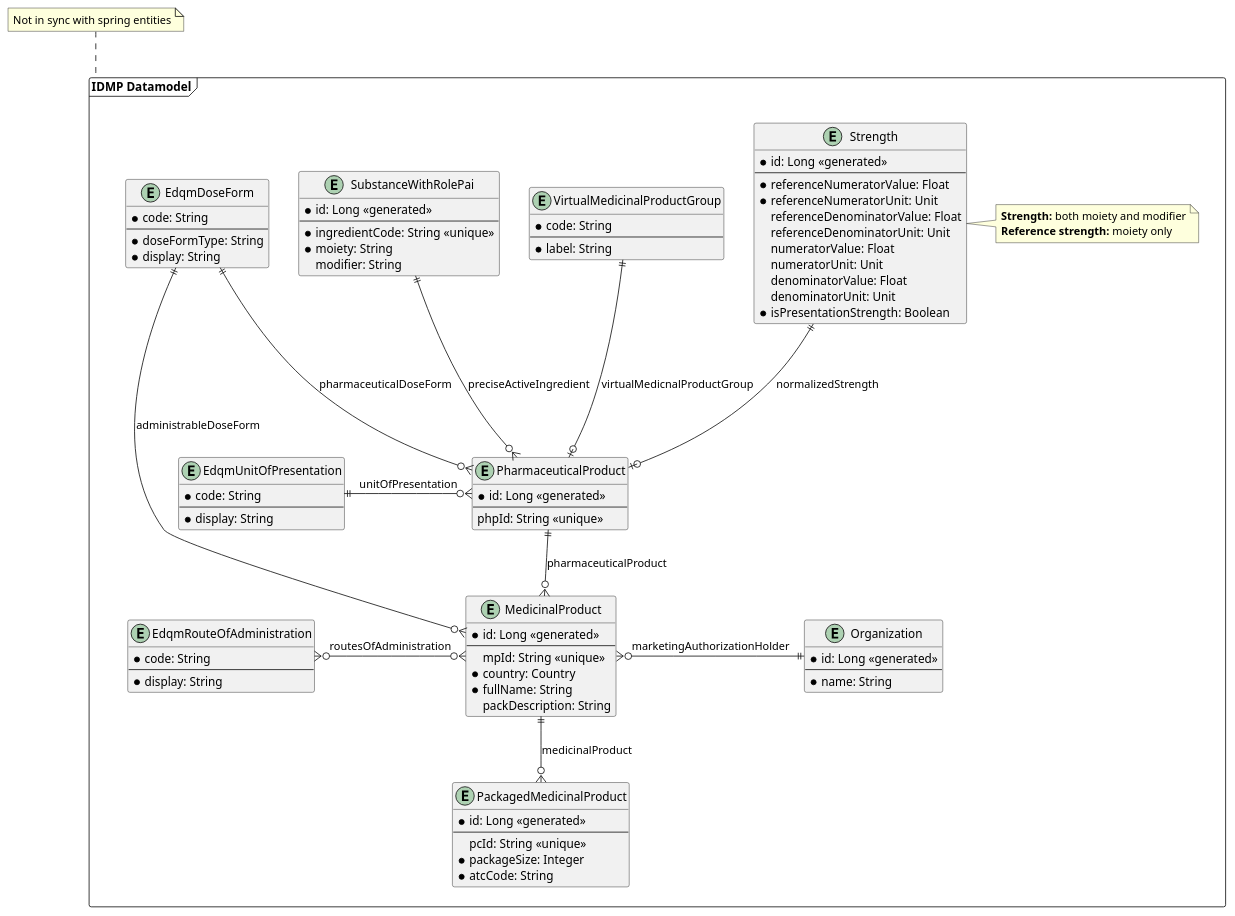
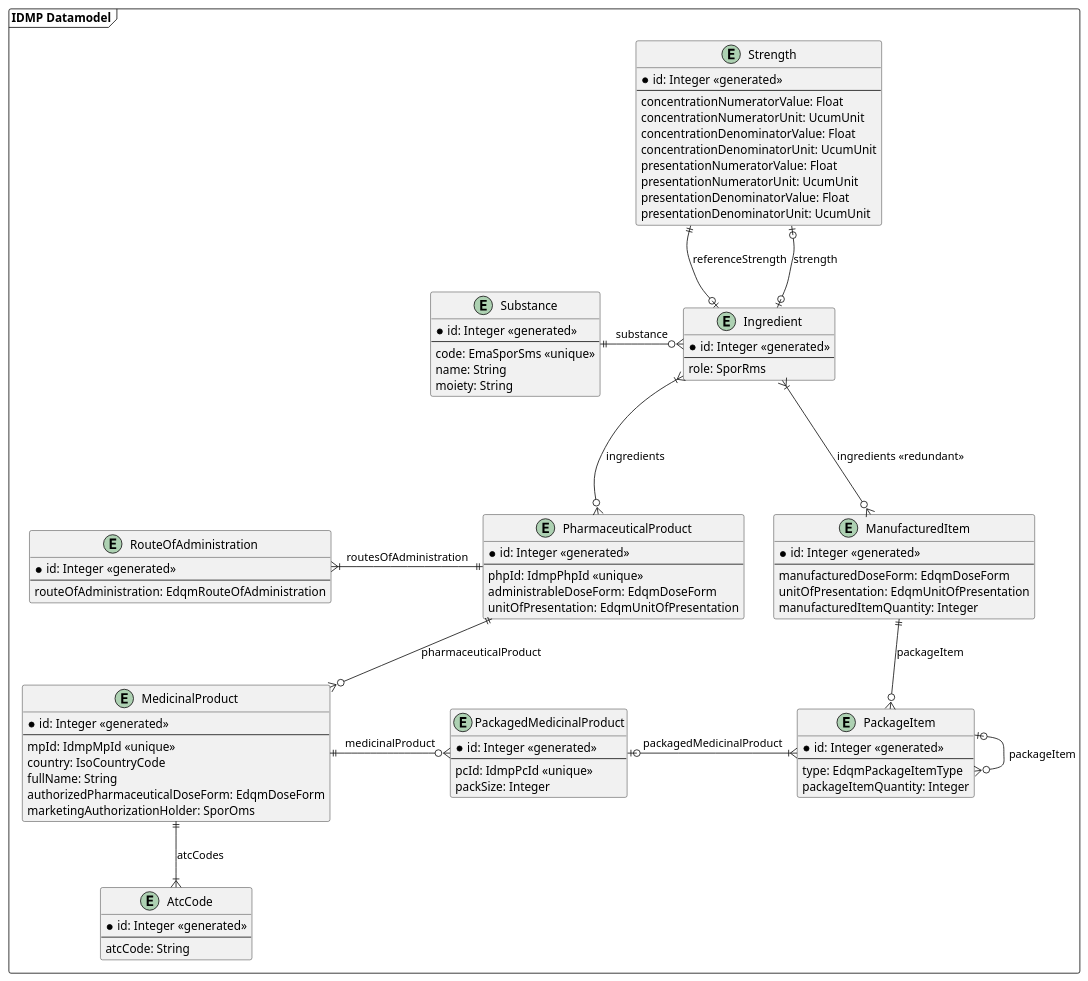
Before and after one commit to unicom-project-eu/wp6-db-api: the diagram in uml/class/datamodel.puml, drawn with PlantUML. The commit also changed 1 other file, not shown here.

Commit message:
Datamodel redesigned

```diff
--- a/uml/class/datamodel.puml
+++ b/uml/class/datamodel.puml
@@ -1,109 +1,106 @@
 @startuml
 'https://plantuml.com/class-diagram
 
 package "IDMP Datamodel" as idmpDatamodel <<frame>> {
-    entity EdqmRouteOfAdministration {
-        * code: String
+    entity Strength {
+        * id: Integer <<generated>>
         --
-        * display: String
-    }
-
-    entity EdqmUnitOfPresentation {
-        * code: String
-        --
-        * display: String
+        concentrationNumeratorValue: Float
+        concentrationNumeratorUnit: UcumUnit
+        concentrationDenominatorValue: Float
+        concentrationDenominatorUnit: UcumUnit
+        presentationNumeratorValue: Float
+        presentationNumeratorUnit: UcumUnit
+        presentationDenominatorValue: Float
+        presentationDenominatorUnit: UcumUnit
     }
 
     together {
-        entity EdqmDoseForm {
-            * code: String
+        entity Substance {
+            * id: Integer <<generated>>
             --
-            * doseFormType: String
-            * display: String
+            code: EmaSporSms <<unique>>
+            name: String
+            moiety: String
         }
 
-        entity Strength {
-            * id: Long <<generated>>
+        entity Ingredient {
+            * id: Integer <<generated>>
             --
-            * referenceNumeratorValue: Float
-            * referenceNumeratorUnit: Unit
-            referenceDenominatorValue: Float
-            referenceDenominatorUnit: Unit
-            numeratorValue: Float
-            numeratorUnit: Unit
-            denominatorValue: Float
-            denominatorUnit: Unit
-            * isPresentationStrength: Boolean
+            role: SporRms
         }
 
-        entity SubstanceWithRolePai {
-            * id: Long <<generated>>
+        Substance ||-r-o{ Ingredient : "substance"
+    }
+
+    together {
+        entity RouteOfAdministration {
+            * id: Integer <<generated>>
             --
-            * ingredientCode: String <<unique>>
-            * moiety: String
-            modifier: String
+            routeOfAdministration: EdqmRouteOfAdministration
         }
 
-        entity VirtualMedicinalProductGroup {
-            * code: String
+        entity PharmaceuticalProduct {
+            * id: Integer <<generated>>
             --
-            * label: String
-        }
-
-        note right of Strength {
-            **Strength:** both moiety and modifier
-            **Reference strength:** moiety only
+            phpId: IdmpPhpId <<unique>>
+            administrableDoseForm: EdqmDoseForm
+            unitOfPresentation: EdqmUnitOfPresentation
         }
     }
 
-    entity PharmaceuticalProduct {
-        * id: Long <<generated>>
+    entity MedicinalProduct {
+        * id: Integer <<generated>>
         --
-        phpId: String <<unique>>
+        mpId: IdmpMpId <<unique>>
+        country: IsoCountryCode
+        fullName: String
+        authorizedPharmaceuticalDoseForm: EdqmDoseForm
+        marketingAuthorizationHolder: SporOms
     }
 
-    entity MedicinalProduct {
-        * id: Long <<generated>>
+    entity AtcCode {
+        * id: Integer <<generated>>
         --
-        mpId: String <<unique>>
-        * country: Country
-        * fullName: String
-        packDescription: String
+        atcCode: String
     }
 
     entity PackagedMedicinalProduct {
-        * id: Long <<generated>>
+        * id: Integer <<generated>>
         --
-        pcId: String <<unique>>
-        * packageSize: Integer
-        * atcCode: String
+        pcId: IdmpPcId <<unique>>
+        packSize: Integer
     }
 
-    entity Organization {
-        * id: Long <<generated>>
+    entity PackageItem {
+        * id: Integer <<generated>>
         --
-        * name: String
+        type: EdqmPackageItemType
+        packageItemQuantity: Integer
     }
 
-    EdqmUnitOfPresentation ||-o{ PharmaceuticalProduct : unitOfPresentation
+    entity ManufacturedItem {
+        * id: Integer <<generated>>
+        --
+        manufacturedDoseForm: EdqmDoseForm
+        unitOfPresentation: EdqmUnitOfPresentation
+        manufacturedItemQuantity: Integer
+    }
 
-    SubstanceWithRolePai ||---o{ PharmaceuticalProduct : preciseActiveIngredient
-    EdqmDoseForm ||---o{ PharmaceuticalProduct : pharmaceuticalDoseForm
-    Strength ||---o| PharmaceuticalProduct : normalizedStrength
-    VirtualMedicinalProductGroup ||---o| PharmaceuticalProduct : virtualMedicnalProductGroup
+    MedicinalProduct ||--|{ AtcCode : "atcCodes"
 
-    PharmaceuticalProduct ||--o{ MedicinalProduct : pharmaceuticalProduct
+    Strength ||--o| Ingredient : "referenceStrength"
+    Strength |o--o| Ingredient : "strength"
 
-    MedicinalProduct ||--o{ PackagedMedicinalProduct : medicinalProduct
-    MedicinalProduct }o--|| EdqmDoseForm : administrableDoseForm
-    EdqmRouteOfAdministration }o-o{ MedicinalProduct : routesOfAdministration
+    Ingredient }|-o{ ManufacturedItem : "ingredients <<redundant>>"
+    Ingredient }|---o{ PharmaceuticalProduct : "ingredients"
 
-    MedicinalProduct }o-|| Organization : marketingAuthorizationHolder
-
-
+    RouteOfAdministration }|-r-|| PharmaceuticalProduct : "routesOfAdministration"
+    PharmaceuticalProduct ||--o{ MedicinalProduct : "pharmaceuticalProduct"
+    MedicinalProduct ||-o{ PackagedMedicinalProduct : "medicinalProduct"
+    PackagedMedicinalProduct |o-|{ PackageItem : "packagedMedicinalProduct"
+    PackageItem |o-o{ PackageItem : "packageItem"
+    ManufacturedItem ||--o{ PackageItem : "packageItem"
 }
 
-note top of idmpDatamodel {
-    Not in sync with spring entities
-}
 @enduml
```
